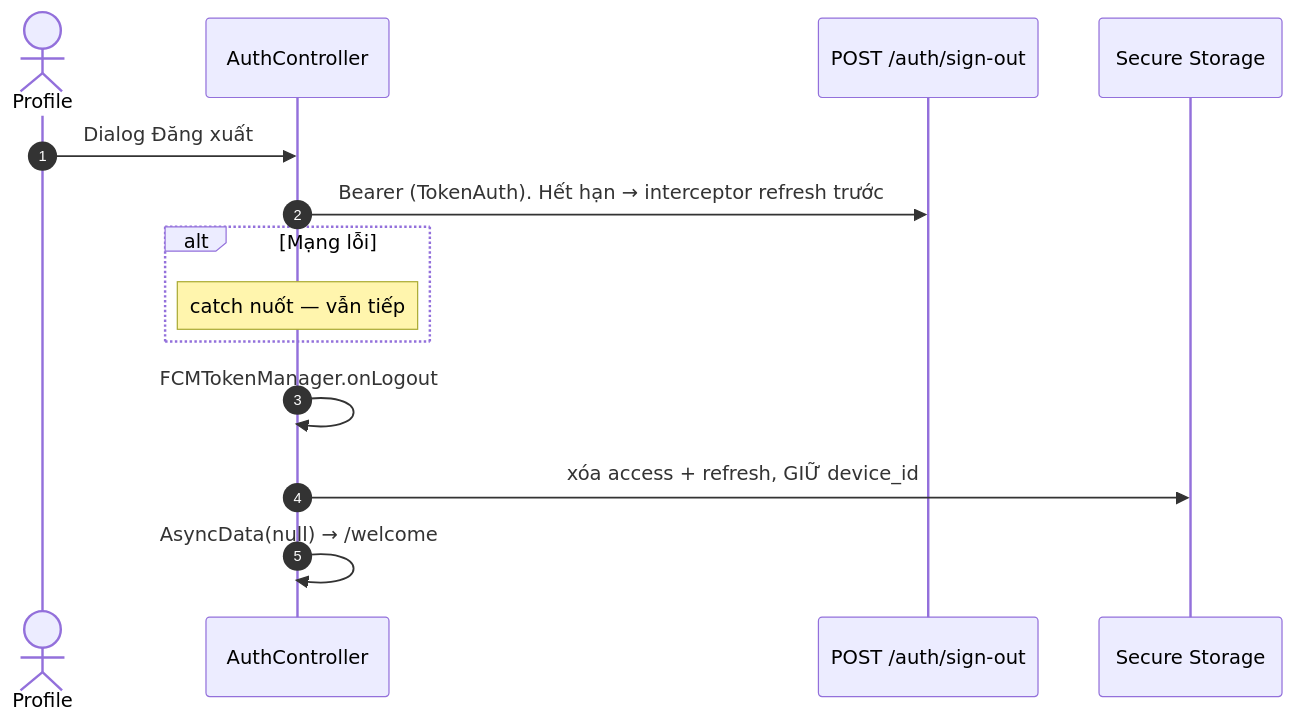
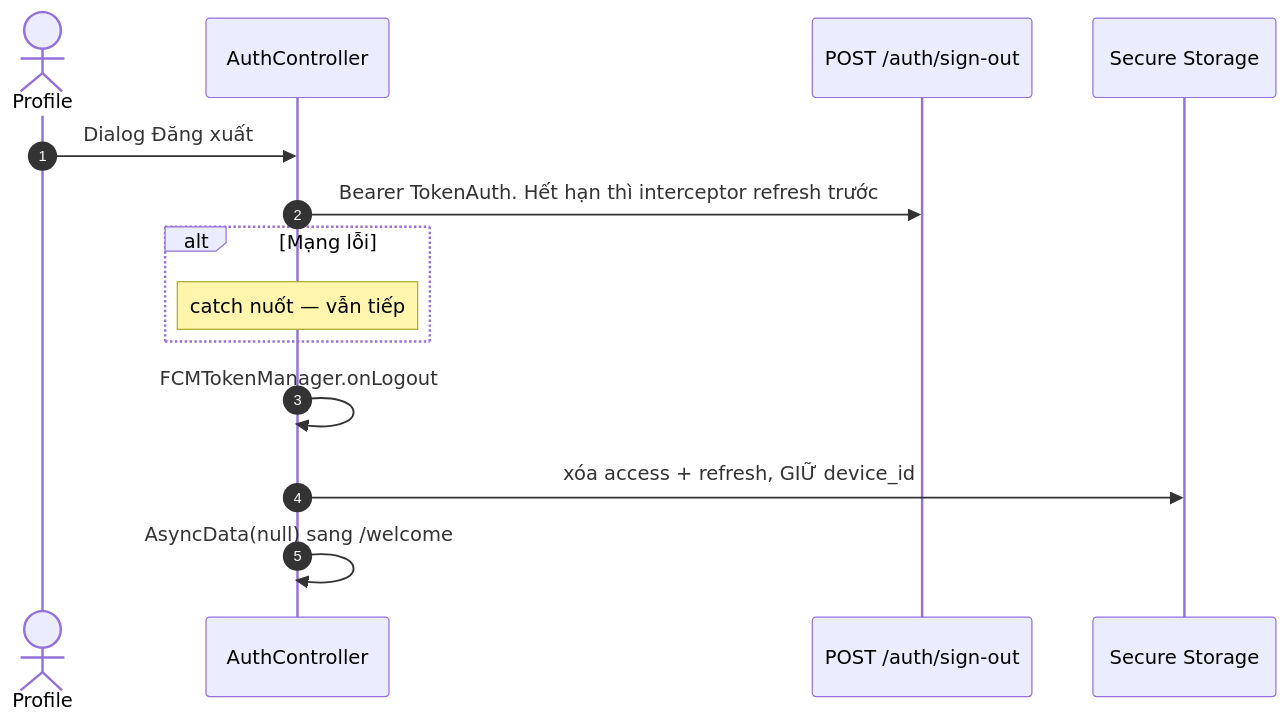
Before and after one commit to FintechVSF-Tranning/PaySplit-RP: the fourth of 6 diagrams in flow/07-app-startup-network.md, drawn with Mermaid. The commit also changed other lines of this file and 7 other files, not shown here.

First line of the commit message:
Refactor notification flow and admin management documentation

````diff
--- a/flow/07-app-startup-network.md
+++ b/flow/07-app-startup-network.md
@@ -184,17 +213,17 @@
 ```mermaid
 sequenceDiagram
     autonumber
     actor U as Profile
     participant FE as AuthController
     participant BE as POST /auth/sign-out
     participant SS as Secure Storage
 
     U->>FE: Dialog Đăng xuất
-    FE->>BE: Bearer (TokenAuth). Hết hạn → interceptor refresh trước
+    FE->>BE: Bearer TokenAuth. Hết hạn thì interceptor refresh trước
     alt Mạng lỗi
         Note over FE: catch nuốt — vẫn tiếp
     end
     FE->>FE: FCMTokenManager.onLogout
     FE->>SS: xóa access + refresh, GIỮ device_id
-    FE->>FE: AsyncData(null) → /welcome
+    FE->>FE: AsyncData(null) sang /welcome
 ```
````
